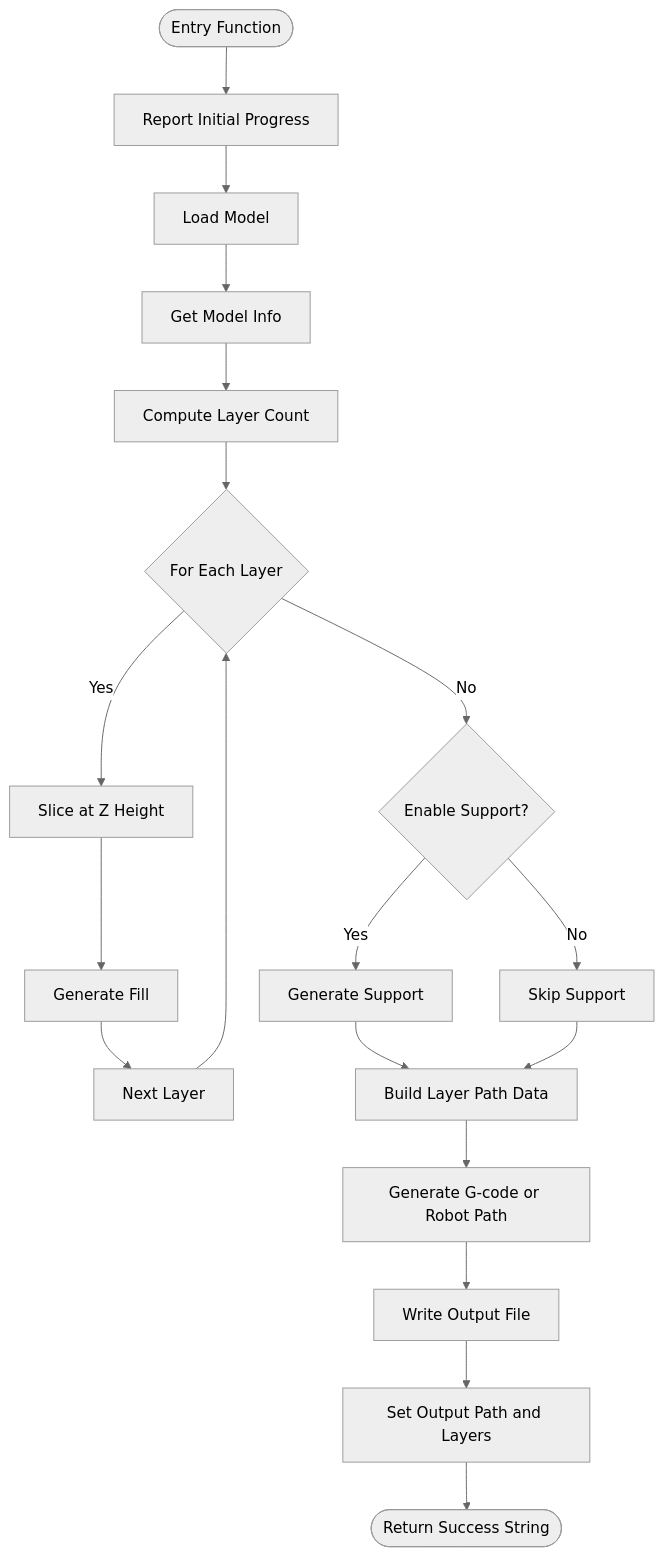
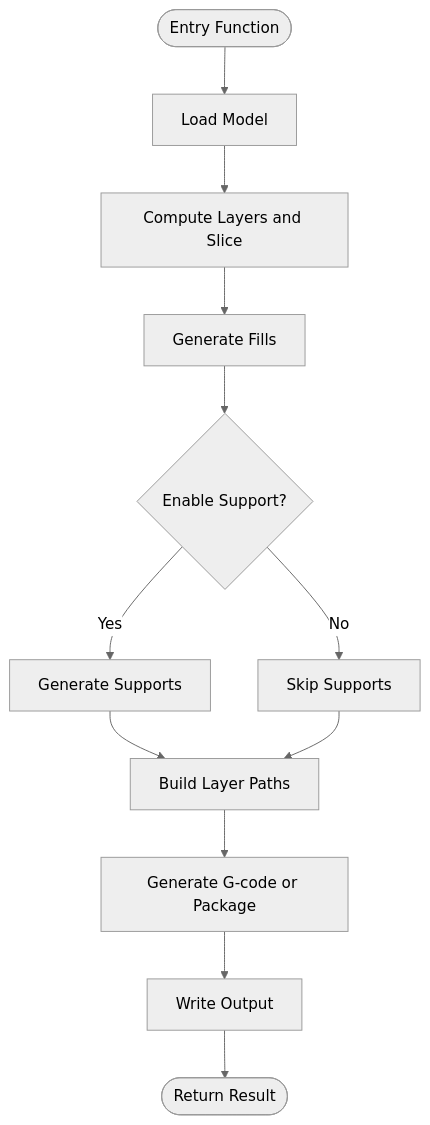
One commit to hsmbanlance/HsBaSlicer changed the third of 6 diagrams in .qoder/repowiki/en/content/Lua Scripting System/Lua Scripting System.md. Above: the diagram before and after it, drawn with Mermaid (neutral theme). The commit also changed other lines of this file and 1095 other files, not shown here.

````diff
--- a/.qoder/repowiki/en/content/Lua Scripting System/Lua Scripting System.md
+++ b/.qoder/repowiki/en/content/Lua Scripting System/Lua Scripting System.md
@@ -182,21 +136,14 @@
 ```mermaid
 flowchart TD
-Start(["Entry Function"]) --> Progress["Report Initial Progress"]
-Progress --> Load["Load Model"]
-Load --> Info["Get Model Info"]
-Info --> Count["Compute Layer Count"]
-Count --> Loop{"For Each Layer"}
-Loop --> |Yes| Slice["Slice at Z Height"]
-Slice --> FillStep["Generate Fill"]
-FillStep --> NextLayer["Next Layer"]
-NextLayer --> Loop
-Loop --> |No| SupportCheck{"Enable Support?"}
-SupportCheck --> |Yes| Support["Generate Support"]
-SupportCheck --> |No| SkipSupport["Skip Support"]
-Support --> BuildPaths["Build Layer Path Data"]
-SkipSupport --> BuildPaths
-BuildPaths --> Gcode["Generate G-code or Robot Path"]
-Gcode --> Write["Write Output File"]
-Write --> SetOut["Set Output Path and Layers"]
-SetOut --> Done(["Return Success String"])
+Start(["Entry Function"]) --> Load["Load Model"]
+Load --> Slice["Compute Layers and Slice"]
+Slice --> Fill["Generate Fills"]
+Fill --> Support{"Enable Support?"}
+Support --> |Yes| GenSupport["Generate Supports"]
+Support --> |No| SkipSupport["Skip Supports"]
+GenSupport --> Path["Build Layer Paths"]
+SkipSupport --> Path
+Path --> Export["Generate G-code or Package"]
+Export --> Write["Write Output"]
+Write --> Done(["Return Result"])
 ```
````
